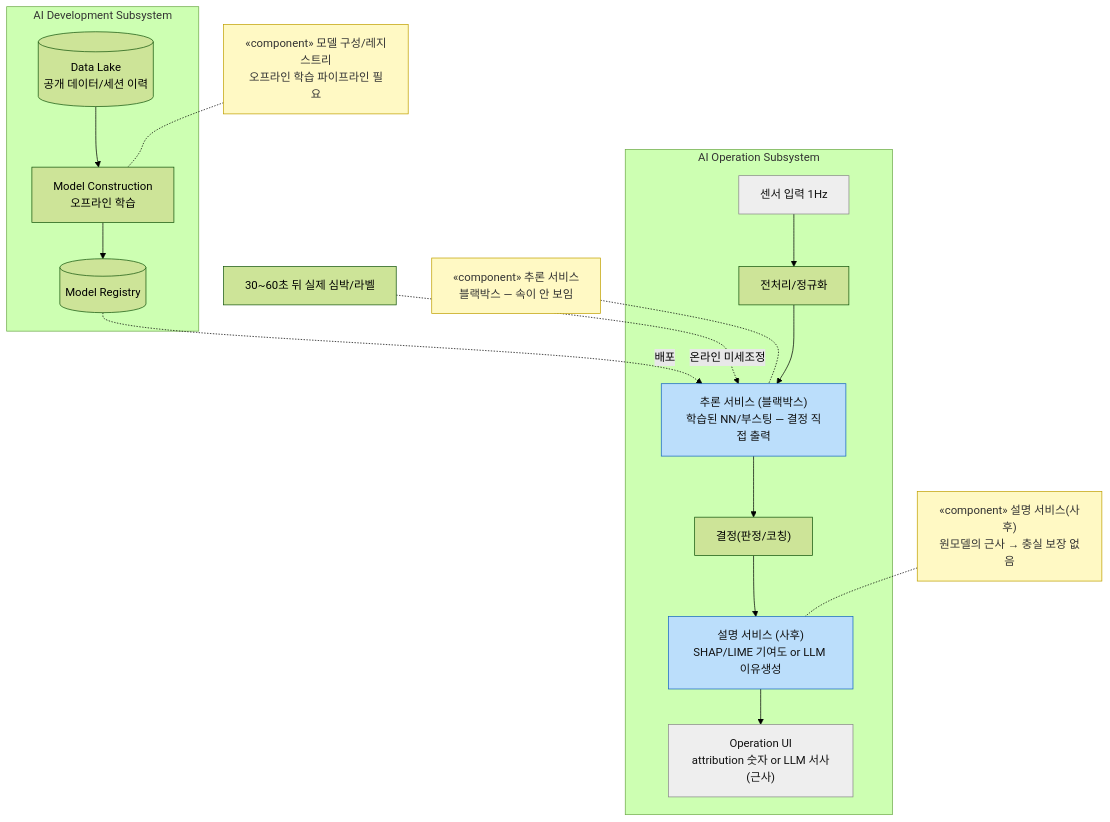
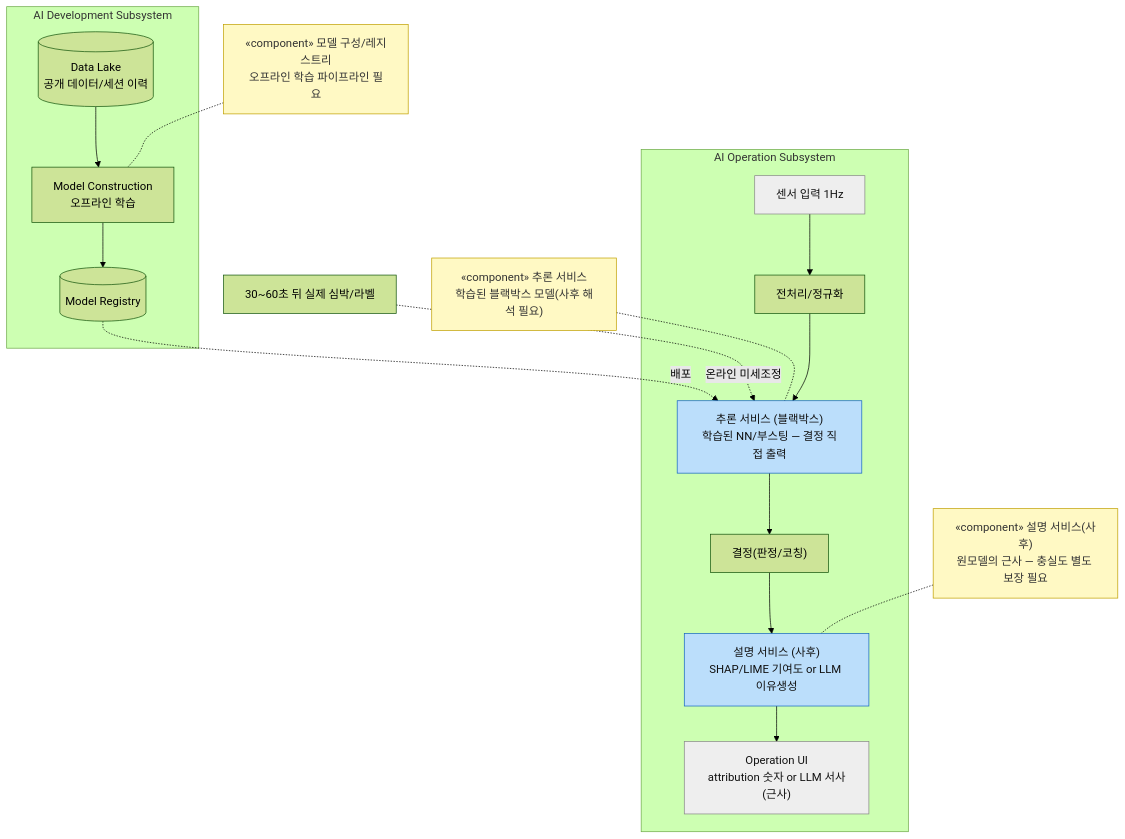
The second of 2 diagrams in arch/dp-explainability-intrinsic-vs-posthoc.md (tenyearslove/zone2runner), drawn with Mermaid (forest theme) before and after one commit. The commit also changed other lines of this file, not shown here.

````diff
--- a/arch/dp-explainability-intrinsic-vs-posthoc.md
+++ b/arch/dp-explainability-intrinsic-vs-posthoc.md
@@ -133,25 +133,25 @@
 ```mermaid
 flowchart TD
     subgraph OP["AI Operation Subsystem"]
       A["센서 입력 1Hz"] --> PRE["전처리/정규화"]
       PRE --> MODEL["추론 서비스 (블랙박스)<br/>학습된 NN/부스팅 — 결정 직접 출력"]
       MODEL --> DEC["결정(판정/코칭)"]
       DEC --> POST["설명 서비스 (사후)<br/>SHAP/LIME 기여도 or LLM 이유생성"]
       POST --> UI["Operation UI<br/>attribution 숫자 or LLM 서사(근사)"]
     end
     subgraph DEV["AI Development Subsystem"]
       DATA[("Data Lake<br/>공개 데이터/세션 이력")] --> MC["Model Construction<br/>오프라인 학습"]
       MC --> REG[("Model Registry")]
     end
     REG -. "배포" .-> MODEL
     H["30~60초 뒤 실제 심박/라벨"] -. "온라인 미세조정" .-> MODEL
-    N1["«component» 추론 서비스<br/>블랙박스 — 속이 안 보임"] -.- MODEL
-    N2["«component» 설명 서비스(사후)<br/>원모델의 근사 → 충실 보장 없음"] -.- POST
+    N1["«component» 추론 서비스<br/>학습된 블랙박스 모델(사후 해석 필요)"] -.- MODEL
+    N2["«component» 설명 서비스(사후)<br/>원모델의 근사 — 충실도 별도 보장 필요"] -.- POST
     N3["«component» 모델 구성/레지스트리<br/>오프라인 학습 파이프라인 필요"] -.- MC
     classDef comp fill:#fff9c4,stroke:#c0a000,color:#333
     classDef core fill:#bbdefb,stroke:#1565c0,color:#111
     classDef io fill:#eeeeee,stroke:#888,color:#111
     class N1,N2,N3 comp
     class MODEL,POST core
     class A,UI io
 ```
````
